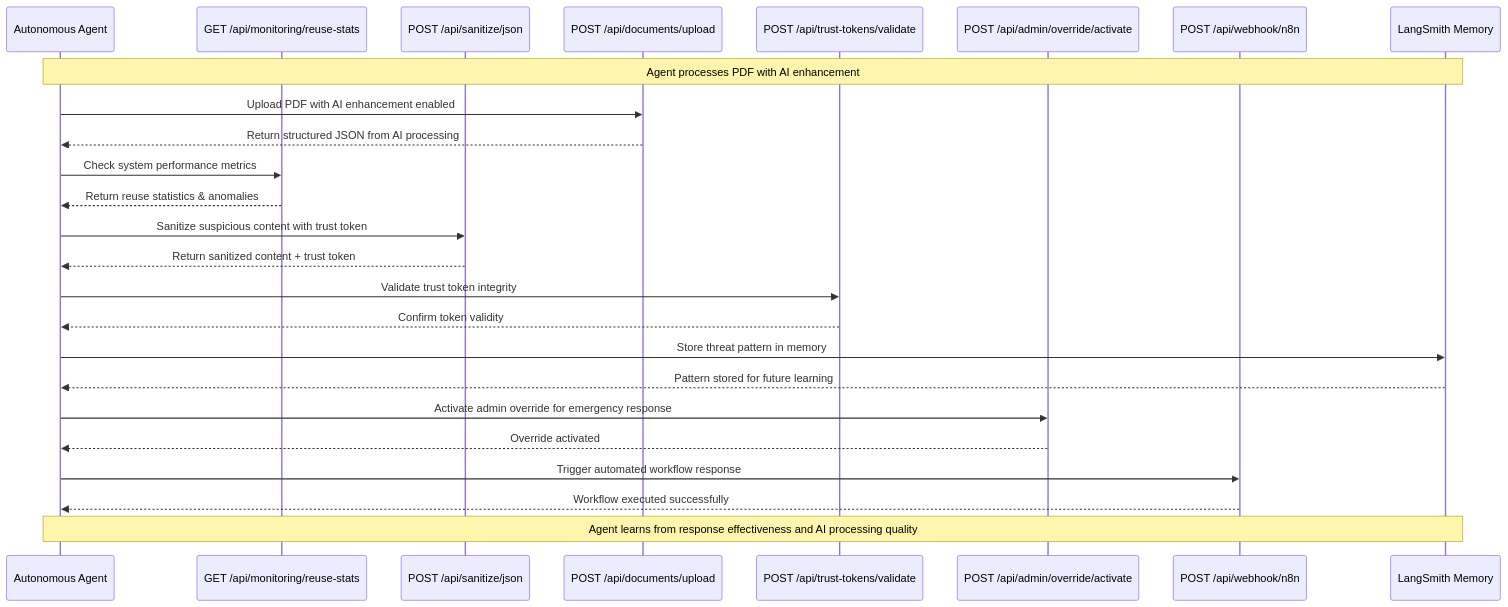
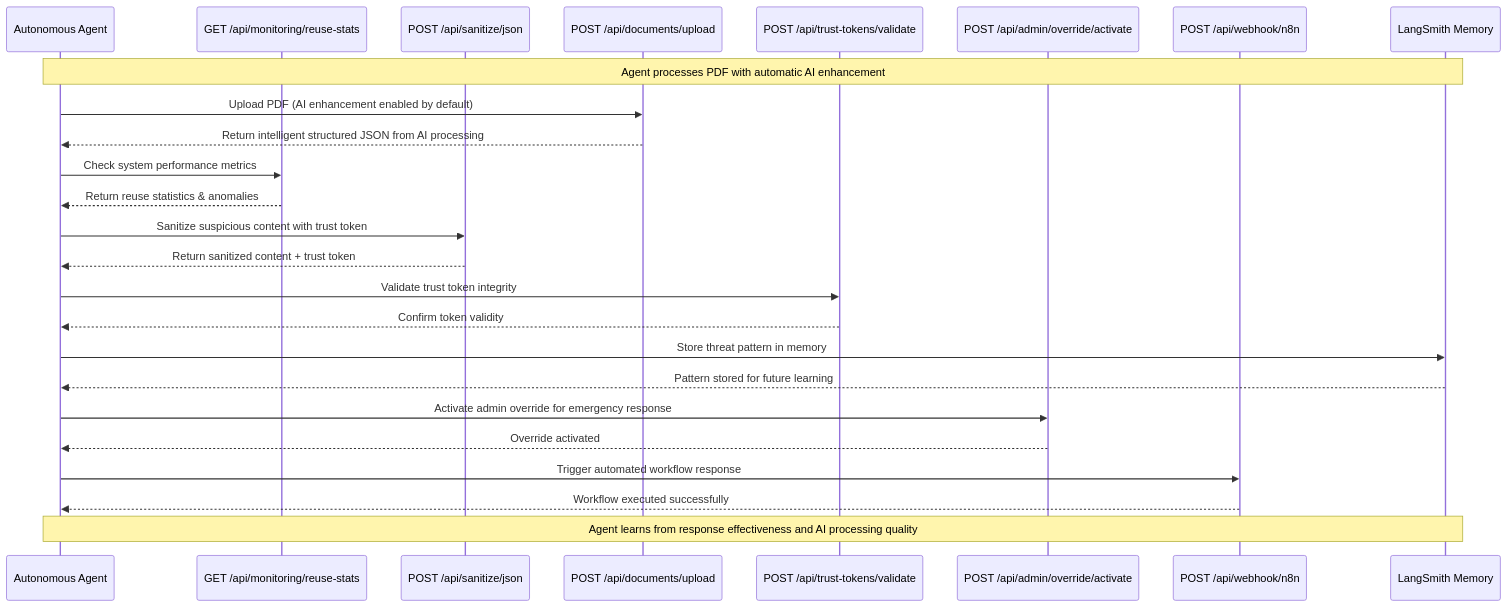
The second of 2 diagrams in docs/agent-architecture.md (braedonmerlodev/MCP-AI-Sanitizer), drawn with Mermaid before and after one commit. The commit also changed other lines of this file and 1 other file, not shown here.

First line of the commit message:
Update agent documentation for bi-directional AI processing

````diff
--- a/docs/agent-architecture.md
+++ b/docs/agent-architecture.md
@@ -117,36 +121,36 @@
 ```mermaid
 sequenceDiagram
     participant Agent as Autonomous Agent
     participant Monitor as GET /api/monitoring/reuse-stats
     participant Sanitize as POST /api/sanitize/json
     participant Upload as POST /api/documents/upload
     participant Validate as POST /api/trust-tokens/validate
     participant Override as POST /api/admin/override/activate
     participant N8N as POST /api/webhook/n8n
     participant LangSmith as LangSmith Memory
 
-    Note over Agent,LangSmith: Agent processes PDF with AI enhancement
+    Note over Agent,LangSmith: Agent processes PDF with automatic AI enhancement
 
-    Agent->>Upload: Upload PDF with AI enhancement enabled
-    Upload-->>Agent: Return structured JSON from AI processing
+    Agent->>Upload: Upload PDF (AI enhancement enabled by default)
+    Upload-->>Agent: Return intelligent structured JSON from AI processing
 
     Agent->>Monitor: Check system performance metrics
     Monitor-->>Agent: Return reuse statistics & anomalies
 
     Agent->>Sanitize: Sanitize suspicious content with trust token
     Sanitize-->>Agent: Return sanitized content + trust token
 
     Agent->>Validate: Validate trust token integrity
     Validate-->>Agent: Confirm token validity
 
     Agent->>LangSmith: Store threat pattern in memory
     LangSmith-->>Agent: Pattern stored for future learning
 
     Agent->>Override: Activate admin override for emergency response
     Override-->>Agent: Override activated
 
     Agent->>N8N: Trigger automated workflow response
     N8N-->>Agent: Workflow executed successfully
 
     Note over Agent,LangSmith: Agent learns from response effectiveness and AI processing quality
 ```
````
